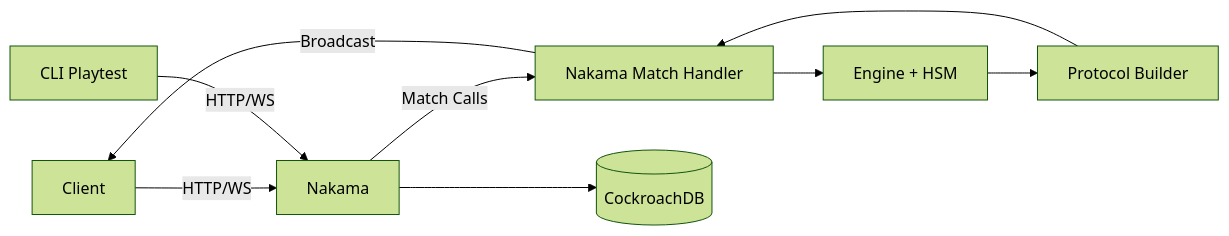
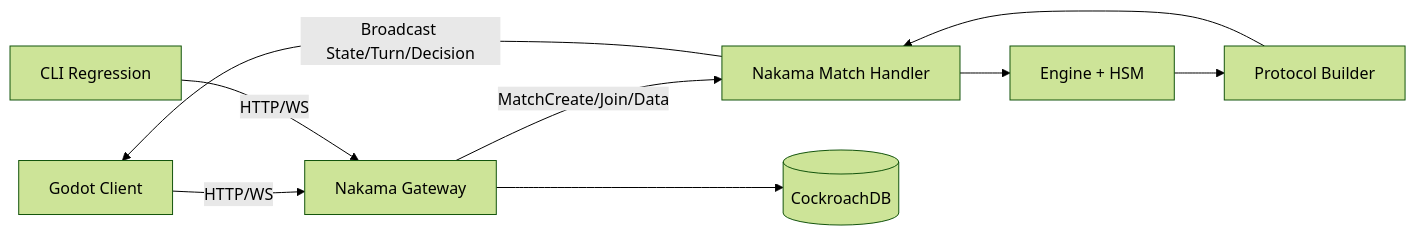
One commit to b1tAction/paradiced changed the diagram in doc/technical_plan.md. Above: the diagram before and after it, drawn with Mermaid (forest theme). The commit also changed other lines of this file, not shown here.

````diff
--- a/doc/technical_plan.md
+++ b/doc/technical_plan.md
@@ -80,11 +45,11 @@
 ```mermaid
 flowchart LR
-	C[Client] -->|HTTP/WS| N[Nakama]
-	N -->|Match Calls| H[Nakama Match Handler]
-	H --> E[Engine + HSM]
-	E --> B[Protocol Builder]
-	B --> H
-	H -->|Broadcast| C
-	N --> D[(CockroachDB)]
-	T[CLI Playtest] -->|HTTP/WS| N
+    C[Godot Client] -->|HTTP/WS| N[Nakama Gateway]
+    N -->|MatchCreate/Join/Data| M[Nakama Match Handler]
+    M --> E[Engine + HSM]
+    E --> B[Protocol Builder]
+    B --> M
+    M -->|Broadcast State/Turn/Decision| C
+    N --> DB[(CockroachDB)]
+    T[CLI Regression] -->|HTTP/WS| N
 ```
````
